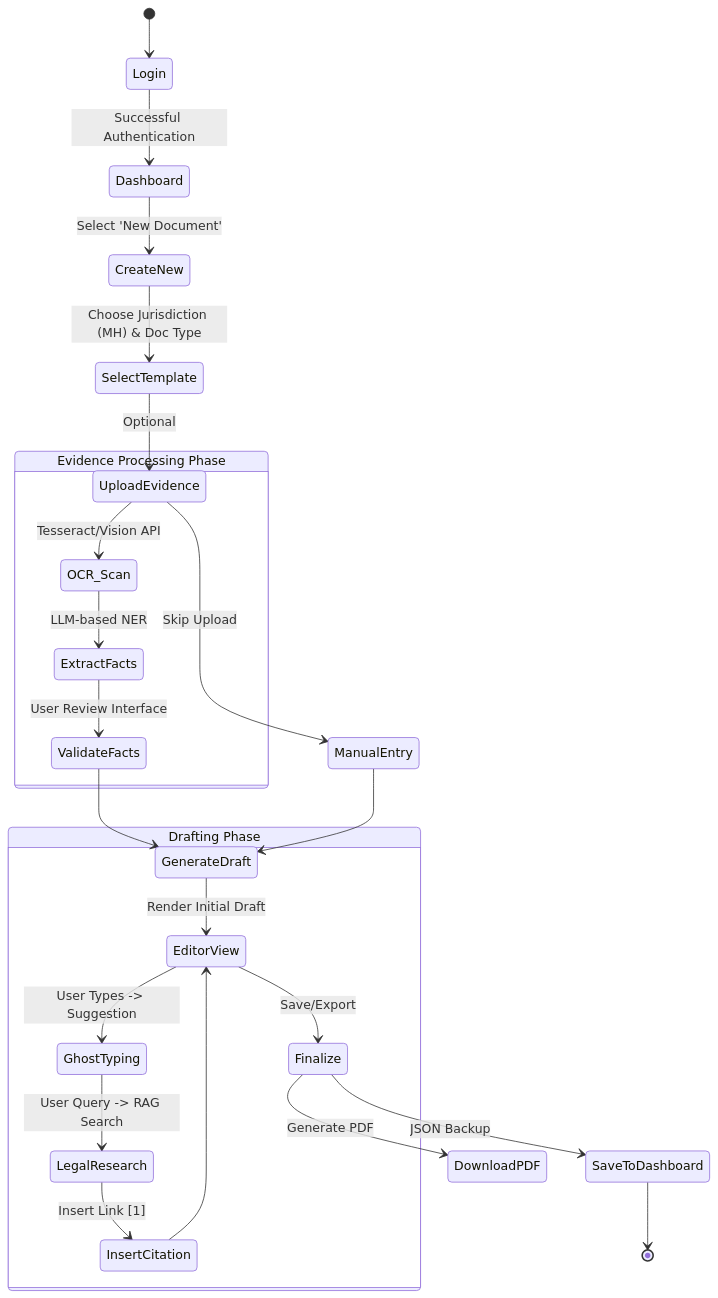
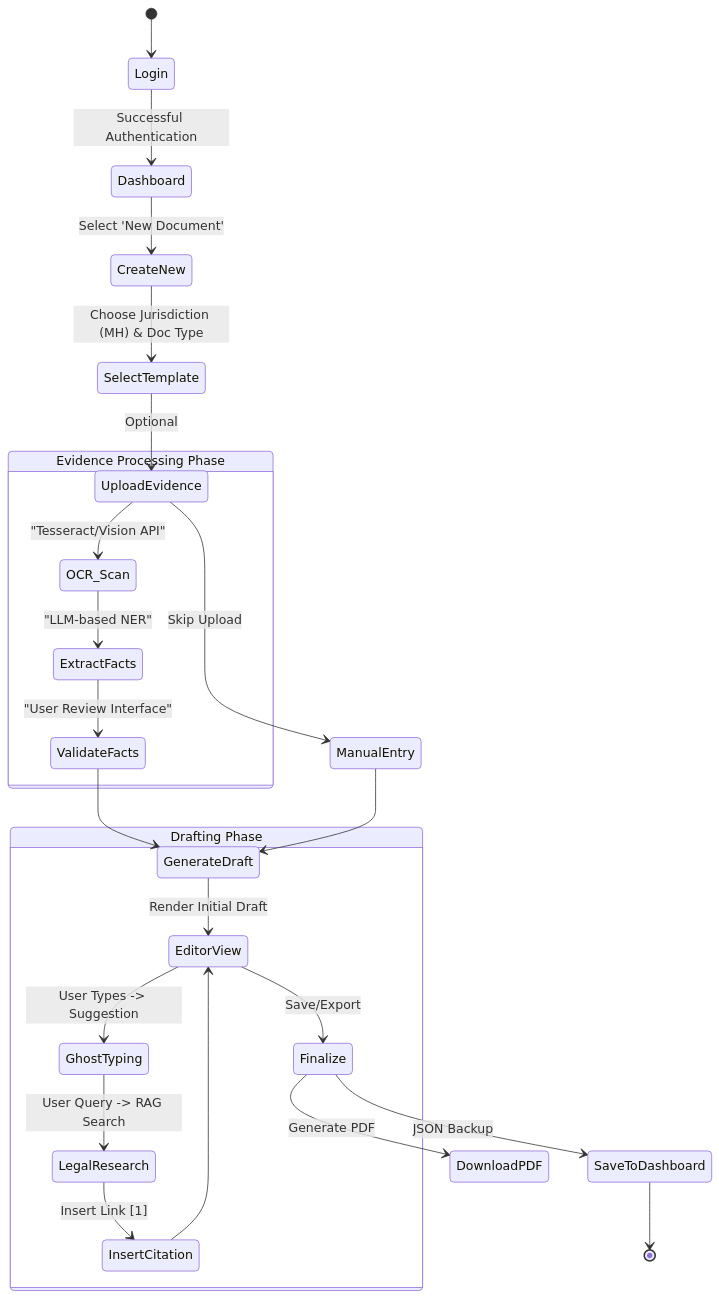
One commit to delisha02/droitdraft changed the first of 6 diagrams in docs/analysis_modeling.md. Above: the diagram before and after it, drawn with Mermaid. The commit also changed other lines of this file and 2 other files, not shown here.

````diff
--- a/docs/analysis_modeling.md
+++ b/docs/analysis_modeling.md
@@ -7,31 +7,31 @@
 ```mermaid
 stateDiagram-v2
     [*] --> Login
     Login --> Dashboard: Successful Authentication
     Dashboard --> CreateNew: Select 'New Document'
     CreateNew --> SelectTemplate: Choose Jurisdiction (MH) & Doc Type
     SelectTemplate --> UploadEvidence: Optional
     
     state "Evidence Processing Phase" as EP {
-        UploadEvidence --> OCR_Scan: Tesseract/Vision API
-        OCR_Scan --> ExtractFacts: LLM-based NER
-        ExtractFacts --> ValidateFacts: User Review Interface
+        UploadEvidence --> OCR_Scan: "Tesseract/Vision API"
+        OCR_Scan --> ExtractFacts: "LLM-based NER"
+        ExtractFacts --> ValidateFacts: "User Review Interface"
     }
     
     UploadEvidence --> ManualEntry: Skip Upload
     ValidateFacts --> GenerateDraft
     ManualEntry --> GenerateDraft
     
     state "Drafting Phase" as DP {
         GenerateDraft --> EditorView: Render Initial Draft
         EditorView --> GhostTyping: User Types -> Suggestion
         GhostTyping --> LegalResearch: User Query -> RAG Search
         LegalResearch --> InsertCitation: Insert Link [1]
         InsertCitation --> EditorView
         EditorView --> Finalize: Save/Export
     }
     
     Finalize --> DownloadPDF: Generate PDF
     Finalize --> SaveToDashboard: JSON Backup
     SaveToDashboard --> [*]
 ```
````
